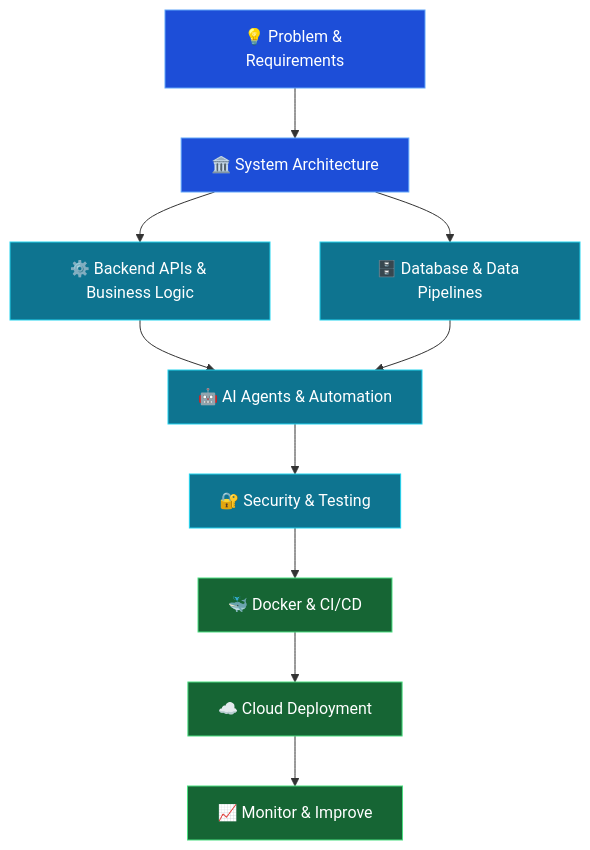
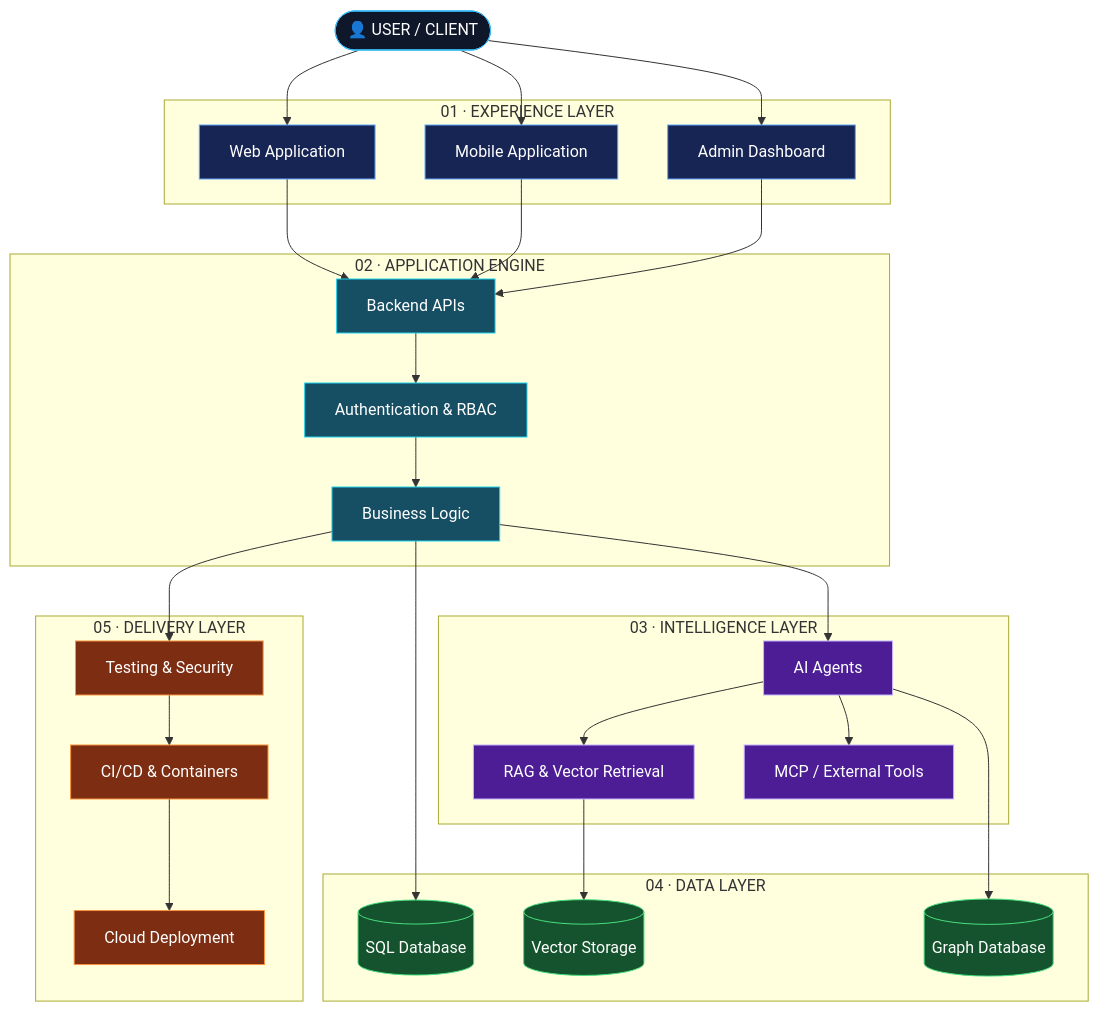
One commit to Aravindan-001/Aravindan-001 changed the first of 2 diagrams in README.md. Above: the diagram before and after it, drawn with Mermaid. The commit also changed other lines of this file, not shown here.

````diff
--- a/README.md
+++ b/README.md
@@ -141,20 +123,68 @@
 ```mermaid
-flowchart TD
-    A["💡 Problem & Requirements"] --> B["🏛️ System Architecture"]
-    B --> C["⚙️ Backend APIs & Business Logic"]
-    B --> D["🗄️ Database & Data Pipelines"]
-    C --> E["🤖 AI Agents & Automation"]
-    D --> E
-    E --> F["🔐 Security & Testing"]
-    F --> G["🐳 Docker & CI/CD"]
-    G --> H["☁️ Cloud Deployment"]
-    H --> I["📈 Monitor & Improve"]
+flowchart TB
+    USER(["👤 USER / CLIENT"])
 
-    classDef planning fill:#1D4ED8,color:#FFFFFF,stroke:#60A5FA
-    classDef engineering fill:#0E7490,color:#FFFFFF,stroke:#22D3EE
-    classDef delivery fill:#166534,color:#FFFFFF,stroke:#4ADE80
+    subgraph EXPERIENCE["01 · EXPERIENCE LAYER"]
+        WEB["Web Application"]
+        MOBILE["Mobile Application"]
+        ADMIN["Admin Dashboard"]
+    end
 
-    class A,B planning
-    class C,D,E,F engineering
-    class G,H,I delivery
+    subgraph ENGINE["02 · APPLICATION ENGINE"]
+        API["Backend APIs"]
+        AUTH["Authentication & RBAC"]
+        LOGIC["Business Logic"]
+    end
+
+    subgraph INTELLIGENCE["03 · INTELLIGENCE LAYER"]
+        AGENT["AI Agents"]
+        RAG["RAG & Vector Retrieval"]
+        MCP["MCP / External Tools"]
+    end
+
+    subgraph DATA["04 · DATA LAYER"]
+        SQL[("SQL Database")]
+        VECTOR[("Vector Storage")]
+        GRAPH[("Graph Database")]
+    end
+
+    subgraph DELIVERY["05 · DELIVERY LAYER"]
+        TEST["Testing & Security"]
+        CI["CI/CD & Containers"]
+        CLOUD["Cloud Deployment"]
+    end
+
+    USER --> WEB
+    USER --> MOBILE
+    USER --> ADMIN
+
+    WEB --> API
+    MOBILE --> API
+    ADMIN --> API
+
+    API --> AUTH --> LOGIC
+    LOGIC --> SQL
+    LOGIC --> AGENT
+
+    AGENT --> RAG
+    AGENT --> MCP
+    RAG --> VECTOR
+    AGENT --> GRAPH
+
+    LOGIC --> TEST
+    TEST --> CI --> CLOUD
+
+    classDef user fill:#0F172A,stroke:#38BDF8,color:#FFFFFF
+    classDef experience fill:#172554,stroke:#60A5FA,color:#FFFFFF
+    classDef backend fill:#164E63,stroke:#22D3EE,color:#FFFFFF
+    classDef ai fill:#4C1D95,stroke:#C4B5FD,color:#FFFFFF
+    classDef data fill:#14532D,stroke:#4ADE80,color:#FFFFFF
+    classDef delivery fill:#7C2D12,stroke:#FB923C,color:#FFFFFF
+
+    class USER user
+    class WEB,MOBILE,ADMIN experience
+    class API,AUTH,LOGIC backend
+    class AGENT,RAG,MCP ai
+    class SQL,VECTOR,GRAPH data
+    class TEST,CI,CLOUD delivery
 ```
````
